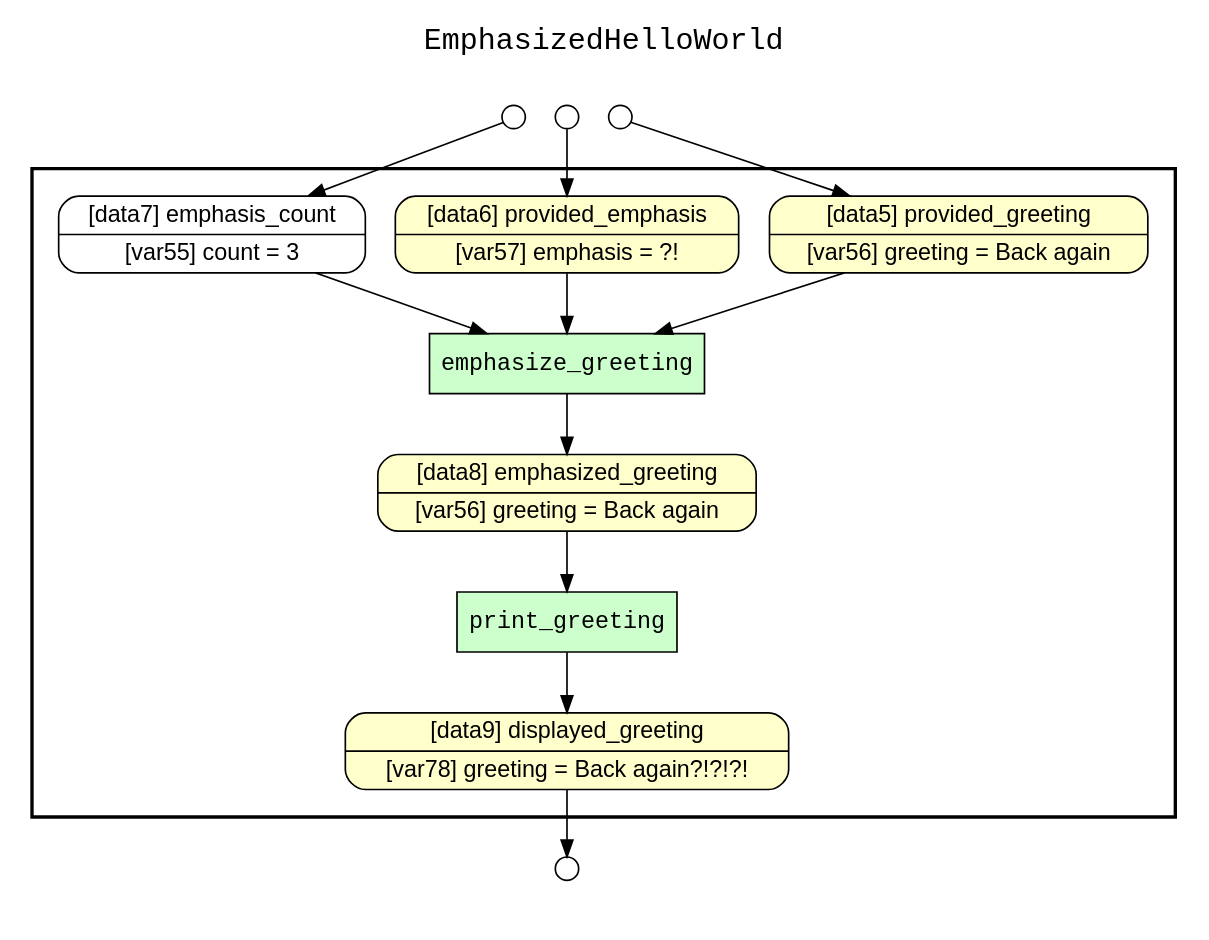
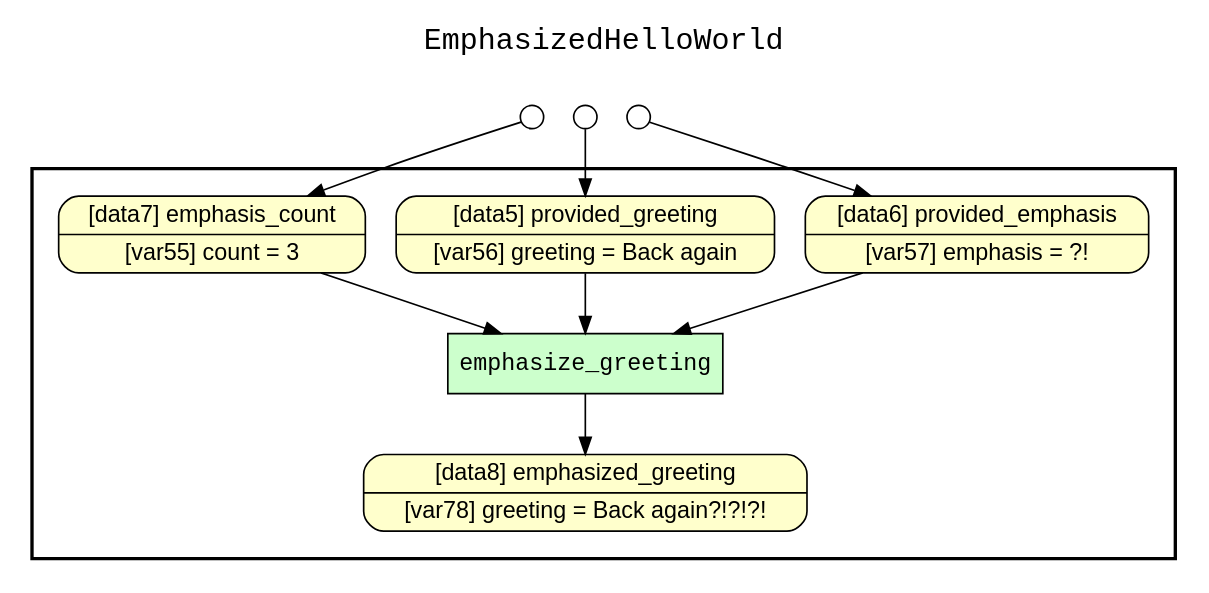
Before and after one commit to yesworkflow-org/yw-noworkflow: the diagram in examples/05_emphasis_function/yw_nw_retrospective_lineage.gv, drawn with Graphviz. The commit also changed 49 other files, not shown here.

```diff
--- a/examples/05_emphasis_function/yw_nw_retrospective_lineage.gv
+++ b/examples/05_emphasis_function/yw_nw_retrospective_lineage.gv
@@ -1,43 +1,35 @@
 
 digraph yw_data_view {
 rankdir=TB
 fontname=Courier; fontsize=18; labelloc=t
 label="EmphasizedHelloWorld"
 subgraph cluster_workflow { label=""; color=black; penwidth=2
 subgraph cluster_workflow_inner { label=""; color=white
 node[shape=box style="filled" fillcolor="#CCFFCC" peripheries=1 fontname=Courier]
 emphasize_greeting
-print_greeting
 node[shape=box style="filled" fillcolor="#CCFFCC" peripheries=1 fontname=Courier]
 node[shape=box style="rounded,filled" fillcolor="#FFFFCC" peripheries=1 fontname=Helvetica]
+emphasized_greeting [shape=record rankdir=LR label="{<f0> [data8] emphasized_greeting |<f1> [var78] greeting = Back again?!?!?!}"]
+provided_emphasis [shape=record rankdir=LR label="{<f0> [data6] provided_emphasis |<f1> [var57] emphasis = ?!}"]
 provided_greeting [shape=record rankdir=LR label="{<f0> [data5] provided_greeting |<f1> [var56] greeting = Back again}"]
-provided_emphasis [shape=record rankdir=LR label="{<f0> [data6] provided_emphasis |<f1> [var57] emphasis = ?!}"]
-emphasized_greeting [shape=record rankdir=LR label="{<f0> [data8] emphasized_greeting |<f1> [var78] greeting = Back again?!?!?!}"]
-emphasized_greeting [shape=record rankdir=LR label="{<f0> [data8] emphasized_greeting |<f1> [var56] greeting = Back again}"]
-displayed_greeting [shape=record rankdir=LR label="{<f0> [data9] displayed_greeting |<f1> [var78] greeting = Back again?!?!?!}"]
-node[shape=box style="rounded,filled" fillcolor="#FFFFFF" peripheries=1 fontname=Helvetica]
 emphasis_count [shape=record rankdir=LR label="{<f0> [data7] emphasis_count |<f1> [var55] count = 3}"]
 }}
 subgraph cluster_inflows { label=""; color=white; penwidth=2
 subgraph cluster_inflows_inner { label=""; color=white
 node[shape=circle fillcolor="#FFFFFF" peripheries=1 width=0.2]
+provided_greeting_inflow [label=""]
+provided_emphasis_inflow [label=""]
 emphasis_count_inflow [label=""]
-provided_emphasis_inflow [label=""]
-provided_greeting_inflow [label=""]
 }}
 subgraph cluster_outflows { label=""; color=white; penwidth=2
 subgraph cluster_outflows_inner { label=""; color=white
 node[shape=circle fillcolor="#FFFFFF" peripheries=1 width=0.2]
-displayed_greeting_outflow [label=""]
 }}
+emphasis_count -> emphasize_greeting
+provided_emphasis -> emphasize_greeting
 provided_greeting -> emphasize_greeting
-provided_emphasis -> emphasize_greeting
-emphasis_count -> emphasize_greeting
-emphasized_greeting -> print_greeting
 emphasize_greeting -> emphasized_greeting
-print_greeting -> displayed_greeting
+provided_greeting_inflow -> provided_greeting
+provided_emphasis_inflow -> provided_emphasis
 emphasis_count_inflow -> emphasis_count
-provided_emphasis_inflow -> provided_emphasis
-provided_greeting_inflow -> provided_greeting
-displayed_greeting -> displayed_greeting_outflow
 }
```
